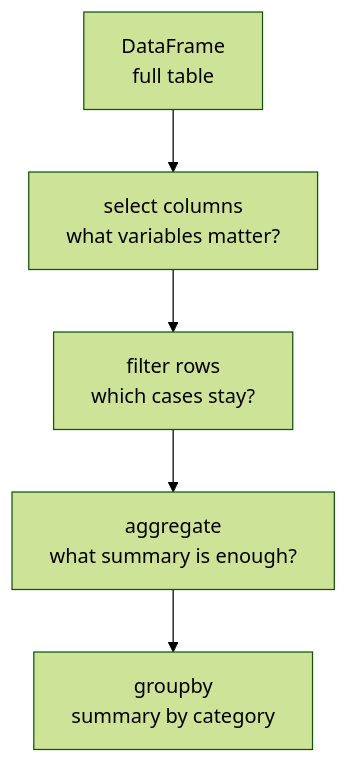
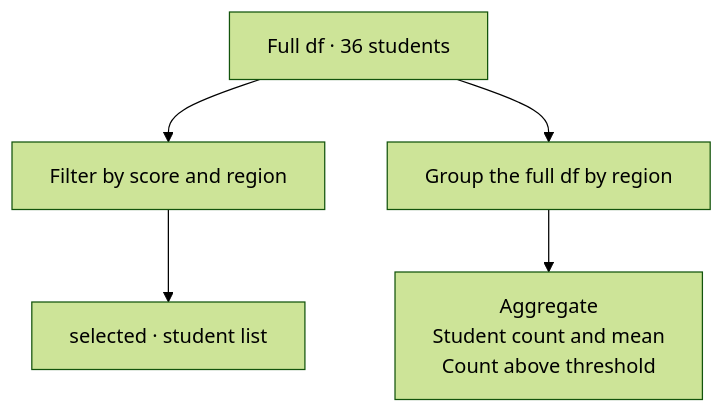
Before and after one commit to devchan64/AiBook: the diagram in docs/assets/part-02/chapter-12/table-processing-flow-en.mmd, drawn with Mermaid (forest theme). The commit also changed 26 other files, not shown here.

```diff
--- a/docs/assets/part-02/chapter-12/table-processing-flow-en.mmd
+++ b/docs/assets/part-02/chapter-12/table-processing-flow-en.mmd
@@ -1,8 +1,4 @@
 flowchart TD
-    frame["DataFrame<br/>full table"]
-    select["select columns<br/>what variables matter?"]
-    filter["filter rows<br/>which cases stay?"]
-    agg["aggregate<br/>what summary is enough?"]
-    group["groupby<br/>summary by category"]
-
-    frame --> select --> filter --> agg --> group
+    a["Full df · 36 students"]
+    a --> b["Filter by score and region"] --> c["selected · student list"]
+    a --> d["Group the full df by region"] --> e["Aggregate<br/>Student count and mean<br/>Count above threshold"]
```
